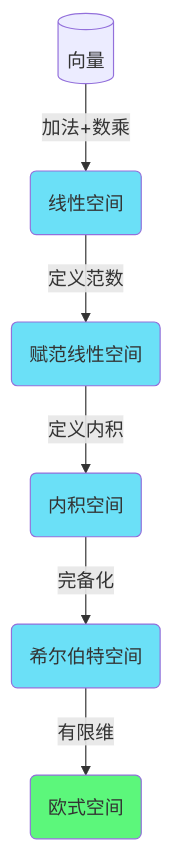
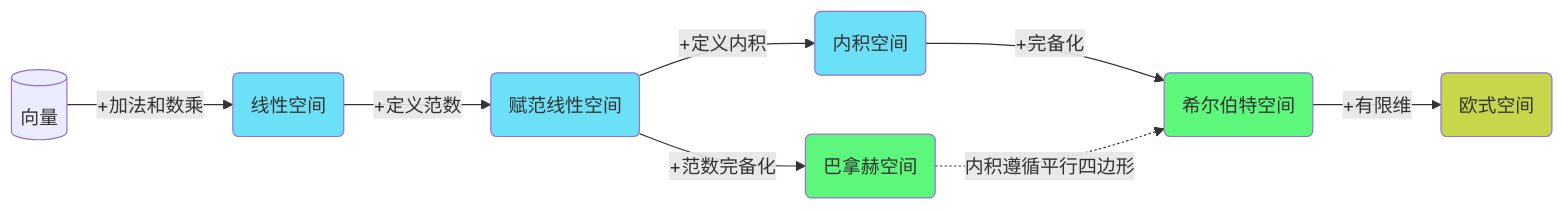
One commit to Gaohaoyang/gaohaoyang.github.io changed the diagram in _posts/2017-07-18-linear-algebra-and-matrix.md. Above: the diagram before and after it, drawn with Mermaid. The commit also changed other lines of this file, not shown here.

Commit message:
更新图

```diff
--- a/_posts/2017-07-18-linear-algebra-and-matrix.md
+++ b/_posts/2017-07-18-linear-algebra-and-matrix.md
@@ -65,15 +65,17 @@
 <div class="mermaid">
-    flowchart TD
+    flowchart LR
     %% 节点颜色
     classDef red fill:#f02;
     classDef green fill:#5CF77B;
     classDef blue fill:#6BE0F7;
     classDef orange fill:#F7CF6B;
     classDef grass fill:#C8D64B;
     %%节点关系定义
-    O[(向量)]-->|加法+数乘|A(线性空间):::blue
-    A -->|定义范数|B(赋范线性空间):::blue
-    B -->|定义内积|C(内积空间):::blue
-    C -->|完备化|D(希尔伯特空间):::blue
-    D -->|有限维|E(欧式空间):::green
+    O[(向量)]-->|+加法和数乘|A(线性空间):::blue
+    A -->|+定义范数|L(赋范线性空间):::blue
+    L -->|+定义内积|C(内积空间):::blue
+    L -->|+范数完备化|B(巴拿赫空间):::green
+    C -->|+完备化|H(希尔伯特空间):::green
+    H -->|+有限维|E(欧式空间):::grass
+    B -.->|内积遵循平行四边形| H
 </div>
```
